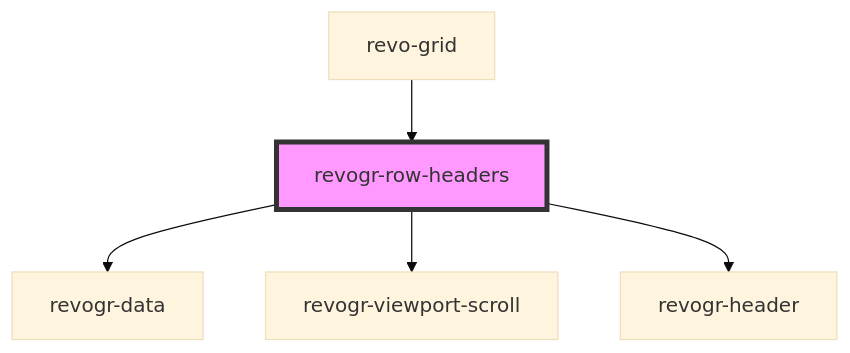
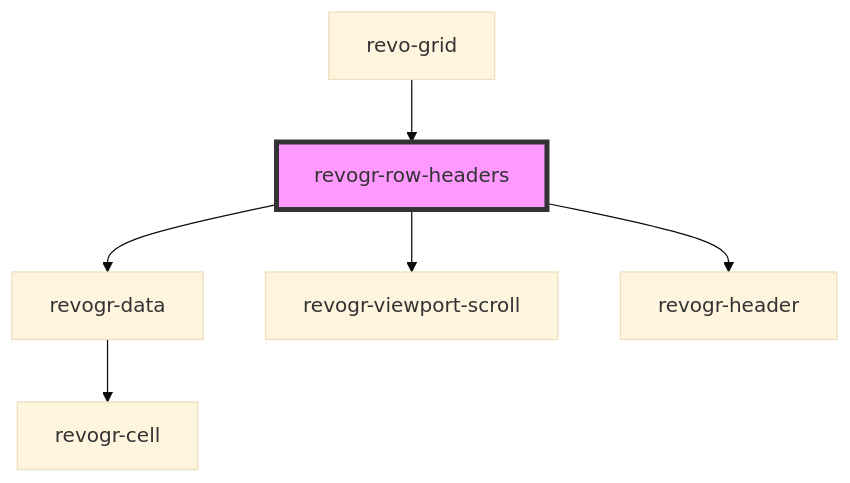
Before and after one commit to revolist/revogrid: the diagram in src/components/rowHeaders/readme.md, drawn with Mermaid (base theme). The commit also changed 7 other files, not shown here.

````diff
--- a/src/components/rowHeaders/readme.md
+++ b/src/components/rowHeaders/readme.md
@@ -46,8 +46,9 @@
 ```mermaid
 graph TD;
   revogr-row-headers --> revogr-data
   revogr-row-headers --> revogr-viewport-scroll
   revogr-row-headers --> revogr-header
+  revogr-data --> revogr-cell
   revo-grid --> revogr-row-headers
   style revogr-row-headers fill:#f9f,stroke:#333,stroke-width:4px
 ```
````
